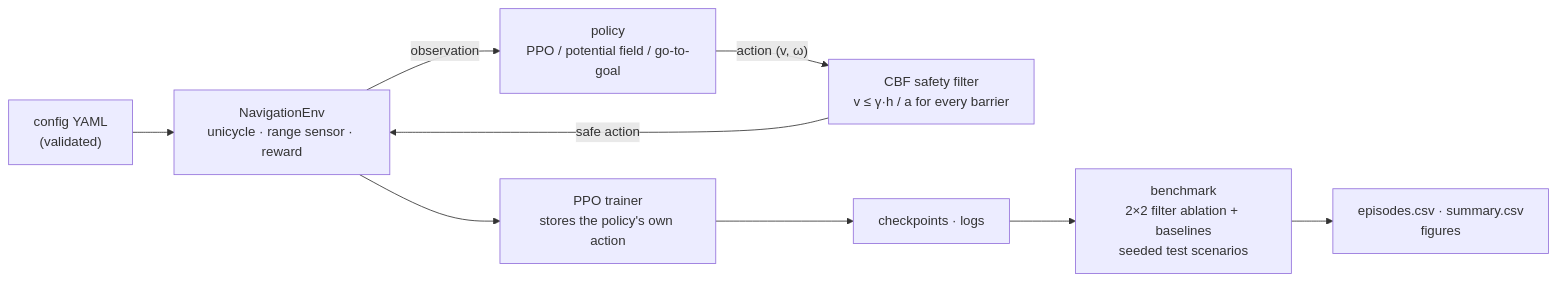
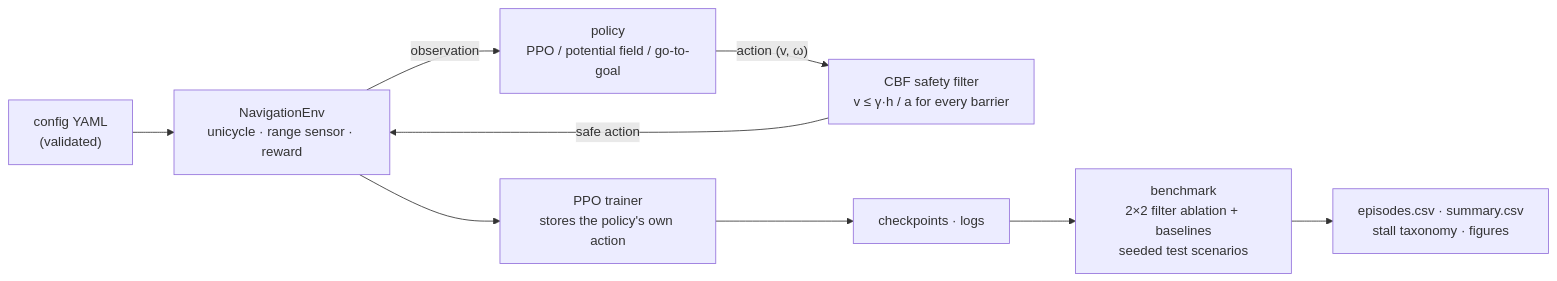
The diagram in README.md (pouyapd/SafeNav-RL), drawn with Mermaid before and after one commit. The commit also changed other lines of this file and 7 other files, not shown here.

````diff
--- a/README.md
+++ b/README.md
@@ -88,11 +96,11 @@
 ```mermaid
 flowchart LR
     C["config YAML<br/>(validated)"] --> E["NavigationEnv<br/>unicycle · range sensor · reward"]
     P["policy<br/>PPO / potential field / go-to-goal"] -- "action (v, ω)" --> F["CBF safety filter<br/>v ≤ γ·h / a for every barrier"]
     F -- "safe action" --> E
     E -- "observation" --> P
     E --> T["PPO trainer<br/>stores the policy's own action"]
     T --> K["checkpoints · logs"]
     K --> B["benchmark<br/>2×2 filter ablation + baselines<br/>seeded test scenarios"]
-    B --> R["episodes.csv · summary.csv<br/>figures"]
+    B --> R["episodes.csv · summary.csv<br/>stall taxonomy · figures"]
 ```
````
